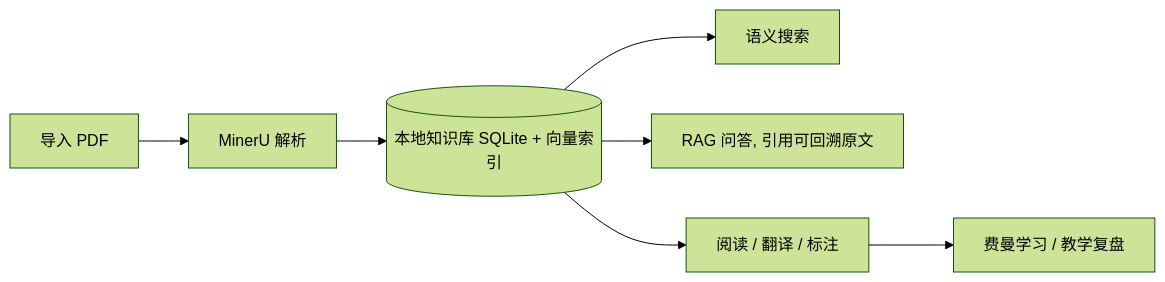
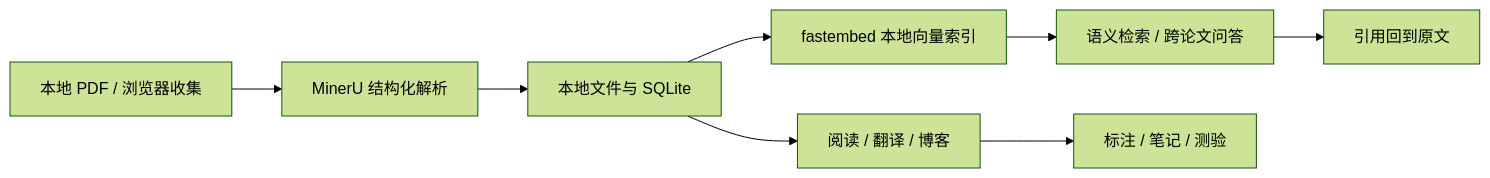
One commit to Flutter-Misdreavus/ZoomPaper changed the diagram in README.md. Above: the diagram before and after it, drawn with Mermaid (forest theme). The commit also changed other lines of this file and 5 other files, not shown here.

Commit message:
文档：更新项目 README 与界面截图

````diff
--- a/README.md
+++ b/README.md
@@ -40,9 +180,10 @@
 ```mermaid
 flowchart LR
-    A[导入 PDF] --> B[MinerU 解析]
-    B --> C[(本地知识库 SQLite + 向量索引)]
-    C --> D[语义搜索]
-    C --> E[RAG 问答, 引用可回溯原文]
-    C --> F[阅读 / 翻译 / 标注]
-    F --> G[费曼学习 / 教学复盘]
+    A[本地 PDF / 浏览器收集] --> B[MinerU 结构化解析]
+    B --> C[本地文件与 SQLite]
+    C --> D[fastembed 本地向量索引]
+    D --> E[语义检索 / 跨论文问答]
+    C --> F[阅读 / 翻译 / 博客]
+    F --> G[标注 / 笔记 / 测验]
+    E --> H[引用回到原文]
 ```
````
